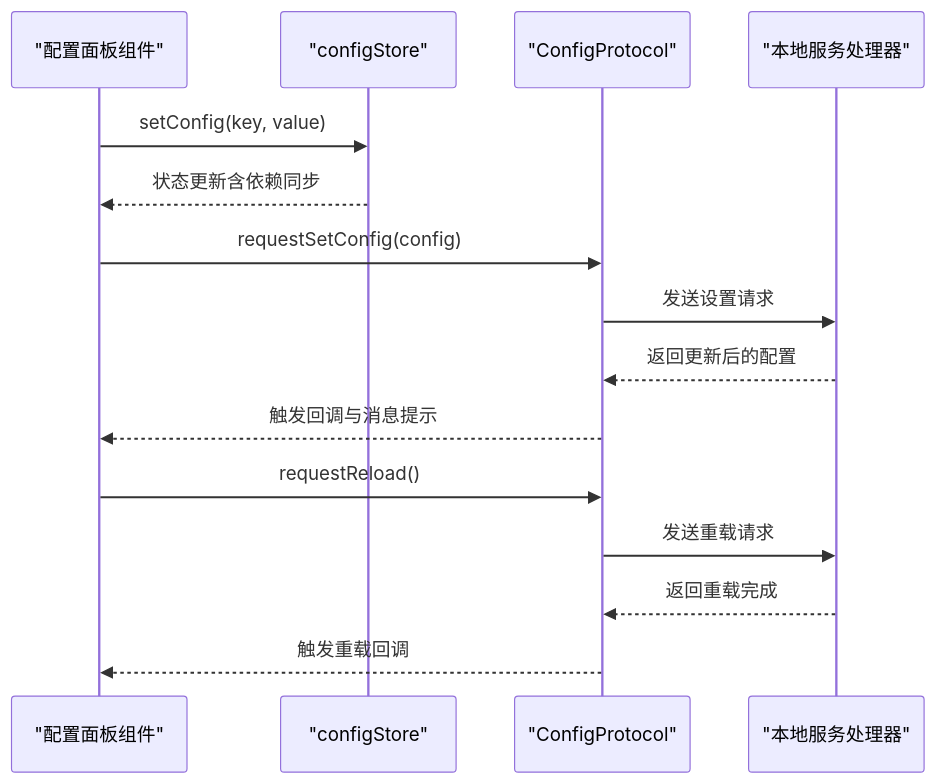
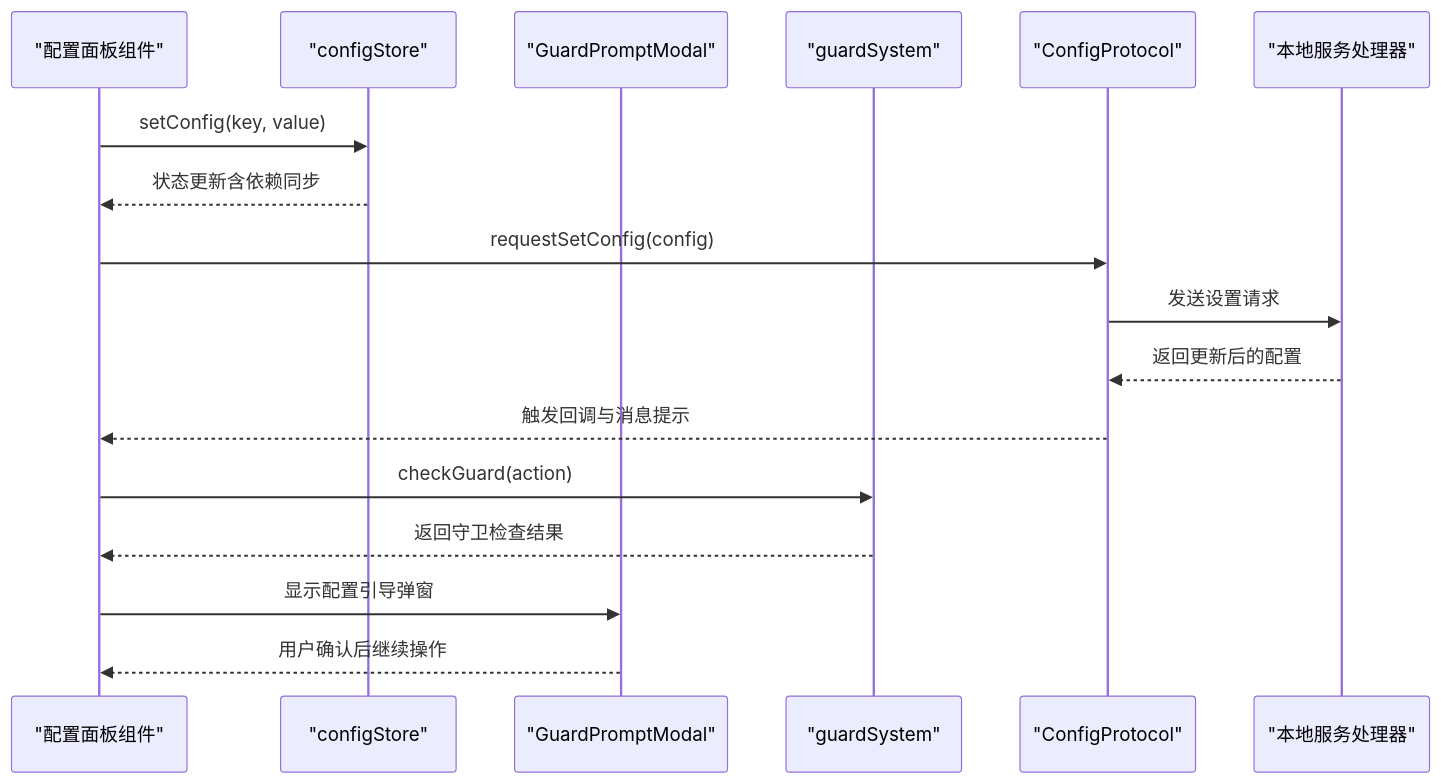
One commit to kqcoxn/MaaPipelineEditor changed the second of 9 diagrams in .qoder/repowiki/zh/content/配置管理/前端配置系统.md. Above: the diagram before and after it, drawn with Mermaid. The commit also changed other lines of this file and 50 other files, not shown here.

````diff
--- a/.qoder/repowiki/zh/content/配置管理/前端配置系统.md
+++ b/.qoder/repowiki/zh/content/配置管理/前端配置系统.md
@@ -118,17 +140,19 @@
 ```mermaid
 sequenceDiagram
 participant UI as "配置面板组件"
 participant Store as "configStore"
+participant Guard as "GuardPromptModal"
+participant System as "guardSystem"
 participant Proto as "ConfigProtocol"
 participant Local as "本地服务处理器"
 UI->>Store : setConfig(key, value)
 Store-->>UI : 状态更新含依赖同步
 UI->>Proto : requestSetConfig(config)
 Proto->>Local : 发送设置请求
 Local-->>Proto : 返回更新后的配置
 Proto-->>UI : 触发回调与消息提示
-UI->>Proto : requestReload()
-Proto->>Local : 发送重载请求
-Local-->>Proto : 返回重载完成
-Proto-->>UI : 触发重载回调
+UI->>System : checkGuard(action)
+System-->>UI : 返回守卫检查结果
+UI->>Guard : 显示配置引导弹窗
+Guard-->>UI : 用户确认后继续操作
 ```
````
